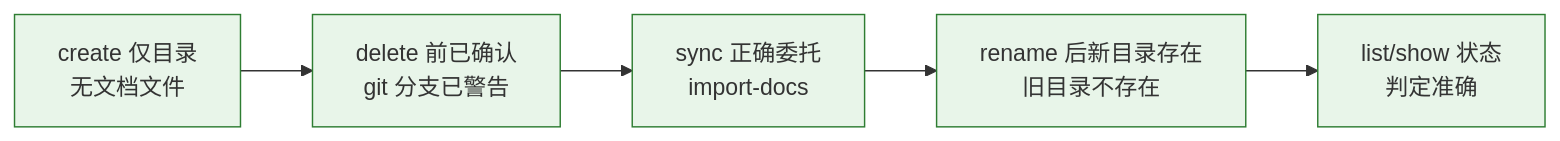
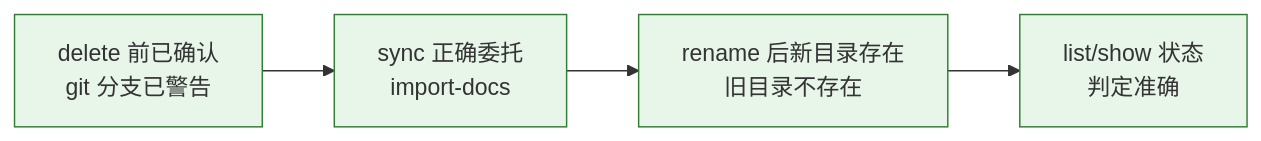
Before and after one commit to effiy/YrY: diagram 11 of 12 in skills/rui-story/SKILL.md, drawn with Mermaid. The commit also changed other lines of this file and 6 other files, not shown here.

````diff
--- a/skills/rui-story/SKILL.md
+++ b/skills/rui-story/SKILL.md
@@ -309,9 +283,9 @@
 ```mermaid
 flowchart LR
-    F1["create 仅目录<br/>无文档文件"]:::sig --> F2["delete 前已确认<br/>git 分支已警告"]:::sig
-    F2 --> F3["sync 正确委托<br/>import-docs"]:::sig
-    F3 --> F4["rename 后新目录存在<br/>旧目录不存在"]:::sig
-    F4 --> F5["list/show 状态<br/>判定准确"]:::sig
+    F1["delete 前已确认<br/>git 分支已警告"]:::sig
+    F1 --> F2["sync 正确委托<br/>import-docs"]:::sig
+    F2 --> F3["rename 后新目录存在<br/>旧目录不存在"]:::sig
+    F3 --> F4["list/show 状态<br/>判定准确"]:::sig
 
     classDef sig fill:#e8f5e9,stroke:#2e7d32;
 ```
````
